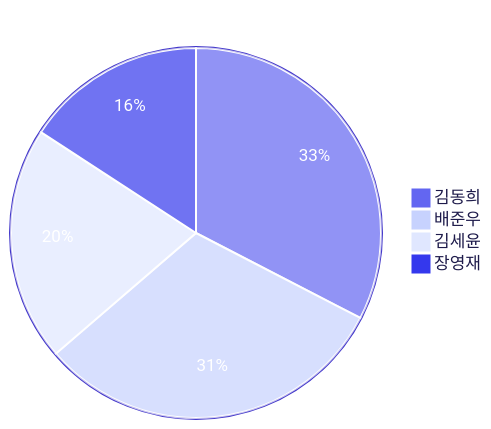
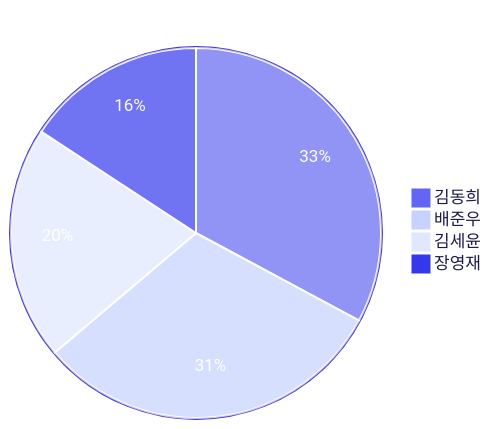
Before and after one commit to 3rd-project-team-1/ALYAC-market-team1: the third of 4 diagrams in README.md, drawn with Mermaid. The commit also changed other lines of this file, not shown here.

````diff
--- a/README.md
+++ b/README.md
@@ -414,17 +414,17 @@
 ```mermaid
 %%{init: { 'theme': 'base', 'themeVariables': {
   'primaryColor': '#6366f1',
   'primaryTextColor': '#ffffff',
   'primaryBorderColor': '#4338ca',
   'secondaryColor': '#c7d2fe',
   'tertiaryColor': '#e0e7ff',
   'pieLegendTextColor': '#1e1b4b',
   'pieStrokeColor': '#ffffff',
   'pieOuterStrokeColor': '#4338ca'
 } } }%%
 pie title 기여자별 커밋 수
-  "김동희" : 175
+  "김동희" : 177
   "배준우" : 167
   "김세윤" : 110
   "장영재" : 85
 ```
````
